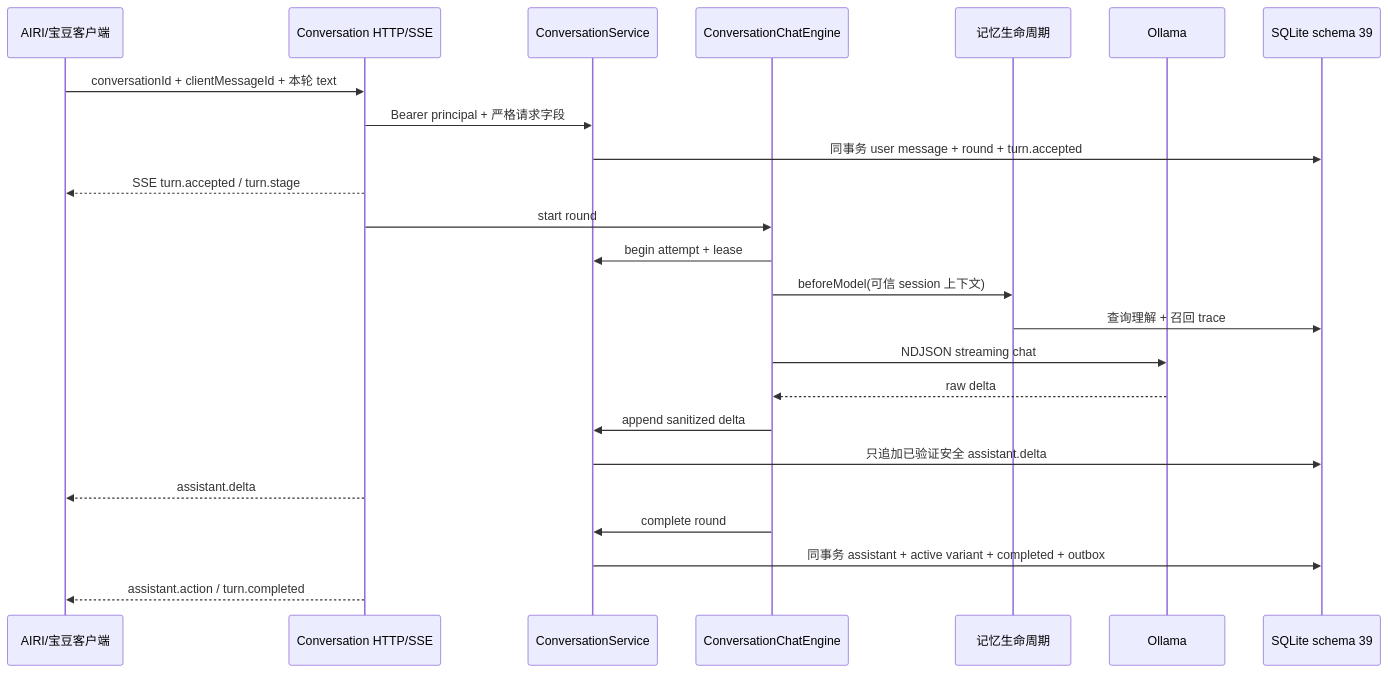
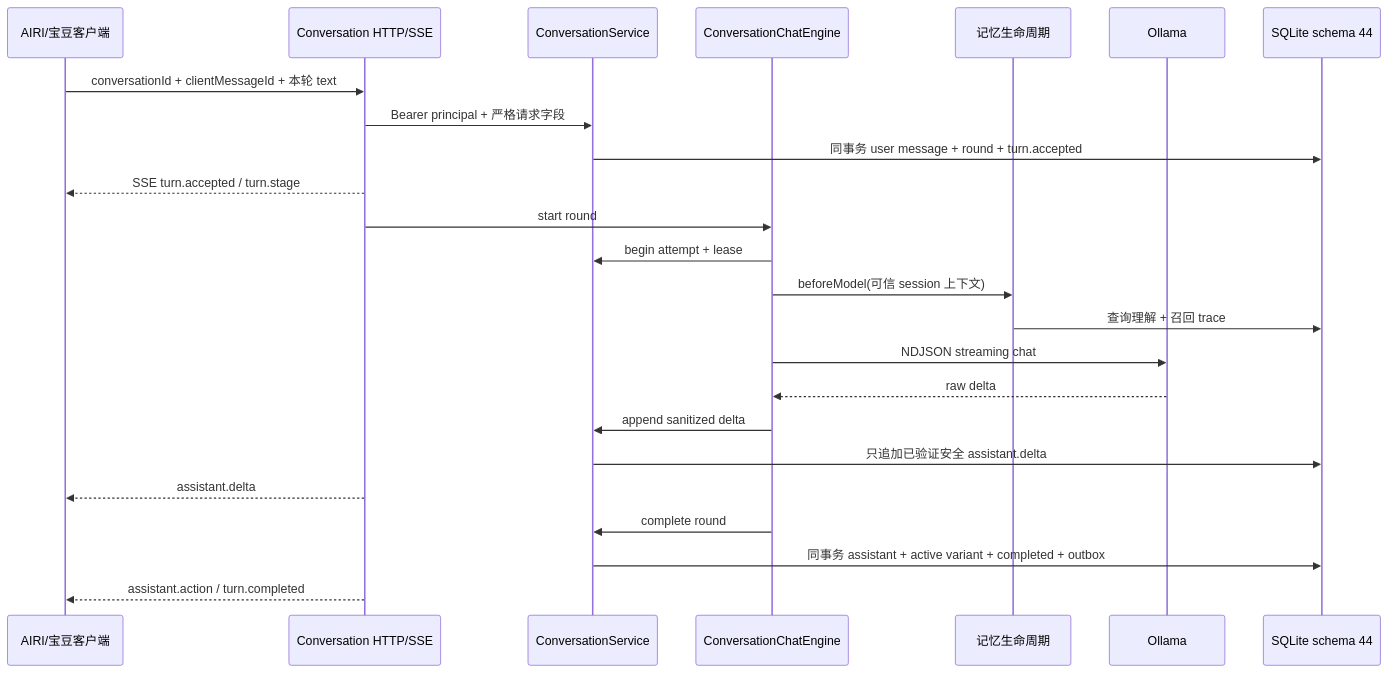
The third of 3 diagrams in docs/technical-reference.md (yanglinfeng/memory-bridge), drawn with Mermaid before and after one commit. The commit also changed other lines of this file and 16 other files, not shown here.

````diff
--- a/docs/technical-reference.md
+++ b/docs/technical-reference.md
@@ -95,27 +95,27 @@
 ```mermaid
 sequenceDiagram
   participant C as AIRI/宝豆客户端
   participant H as Conversation HTTP/SSE
   participant S as ConversationService
   participant E as ConversationChatEngine
   participant L as 记忆生命周期
   participant O as Ollama
-  participant D as SQLite schema 39
+  participant D as SQLite schema 44
 
   C->>H: conversationId + clientMessageId + 本轮 text
   H->>S: Bearer principal + 严格请求字段
   S->>D: 同事务 user message + round + turn.accepted
   H-->>C: SSE turn.accepted / turn.stage
   H->>E: start round
   E->>S: begin attempt + lease
   E->>L: beforeModel(可信 session 上下文)
   L->>D: 查询理解 + 召回 trace
   E->>O: NDJSON streaming chat
   O-->>E: raw delta
   E->>S: append sanitized delta
   S->>D: 只追加已验证安全 assistant.delta
   H-->>C: assistant.delta
   E->>S: complete round
   S->>D: 同事务 assistant + active variant + completed + outbox
   H-->>C: assistant.action / turn.completed
 ```
````
